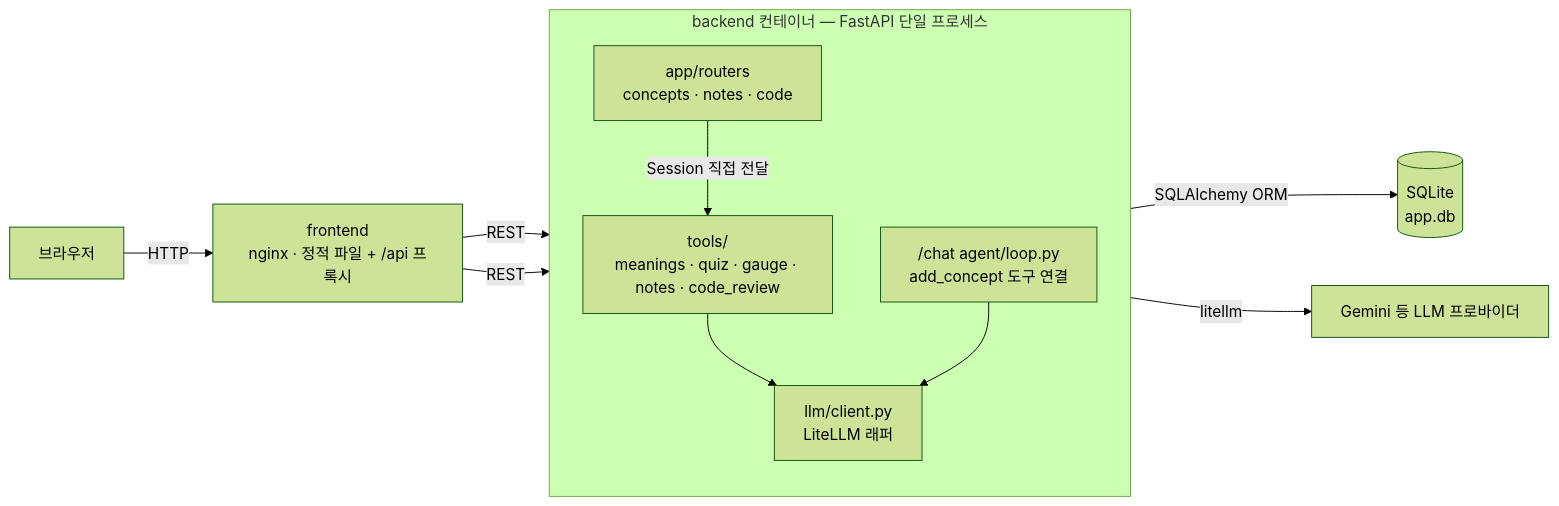
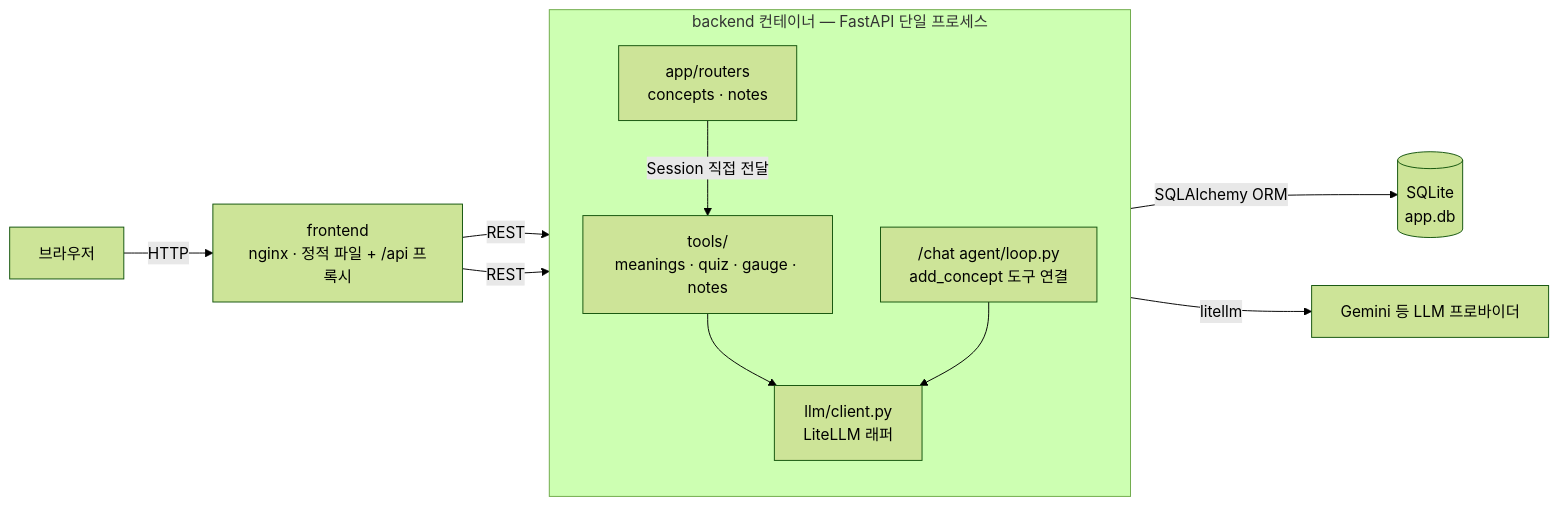
Before and after one commit to oluzr/ai-fullstack-track: the diagram in README.md, drawn with Mermaid (forest theme). The commit also changed other lines of this file and 22 other files, not shown here.

First line of the commit message:
Remove code-learning feature to keep the app focused on the concept dictionary

````diff
--- a/README.md
+++ b/README.md
@@ -86,20 +83,20 @@
 ```mermaid
 graph LR
   B[브라우저] -->|HTTP| FE[frontend<br/>nginx · 정적 파일 + /api 프록시]
 
   subgraph BACKEND["backend 컨테이너 — FastAPI 단일 프로세스"]
     direction TB
-    R["app/routers<br/>concepts · notes · code"]
+    R["app/routers<br/>concepts · notes"]
     CHAT["/chat agent/loop.py<br/>add_concept 도구 연결"]
-    T["tools/<br/>meanings · quiz · gauge · notes · code_review"]
+    T["tools/<br/>meanings · quiz · gauge · notes"]
     L["llm/client.py<br/>LiteLLM 래퍼"]
     R -->|Session 직접 전달| T
     T --> L
     CHAT --> L
   end
 
   FE -->|REST| R
   FE -->|REST| CHAT
   T -->|SQLAlchemy ORM| DB[("SQLite<br/>app.db")]
   L -->|litellm| LLM["Gemini 등 LLM 프로바이더"]
 ```
````
